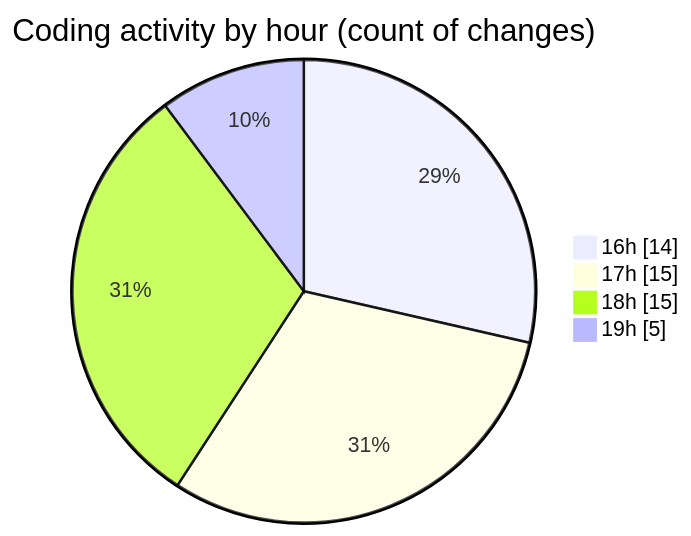
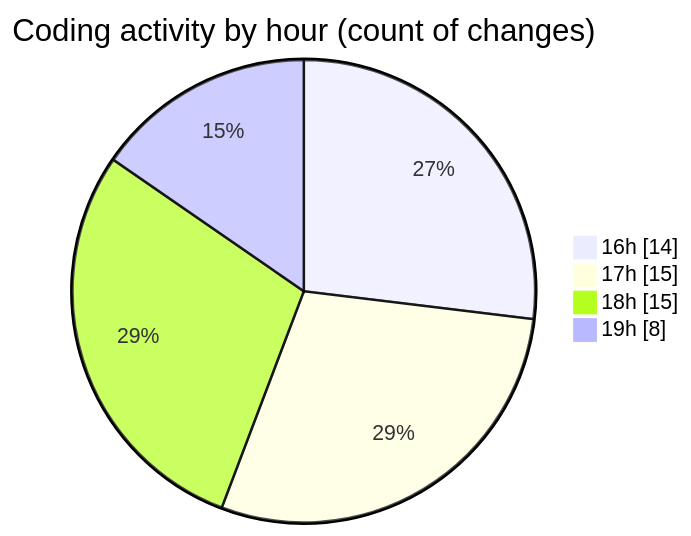
One commit to Elitesun/code-tracking changed the second of 2 diagrams in 2025-01-31/flask/README.md. Above: the diagram before and after it, drawn with Mermaid. The commit also changed other lines of this file and 1 other file, not shown here.

````diff
--- a/2025-01-31/flask/README.md
+++ b/2025-01-31/flask/README.md
@@ -35,8 +35,8 @@
 ```mermaid
 pie showData
 title Coding activity by hour (count of changes)
 "16h" : 14
 "17h" : 15
 "18h" : 15
-"19h" : 5
+"19h" : 8
 ```
````
